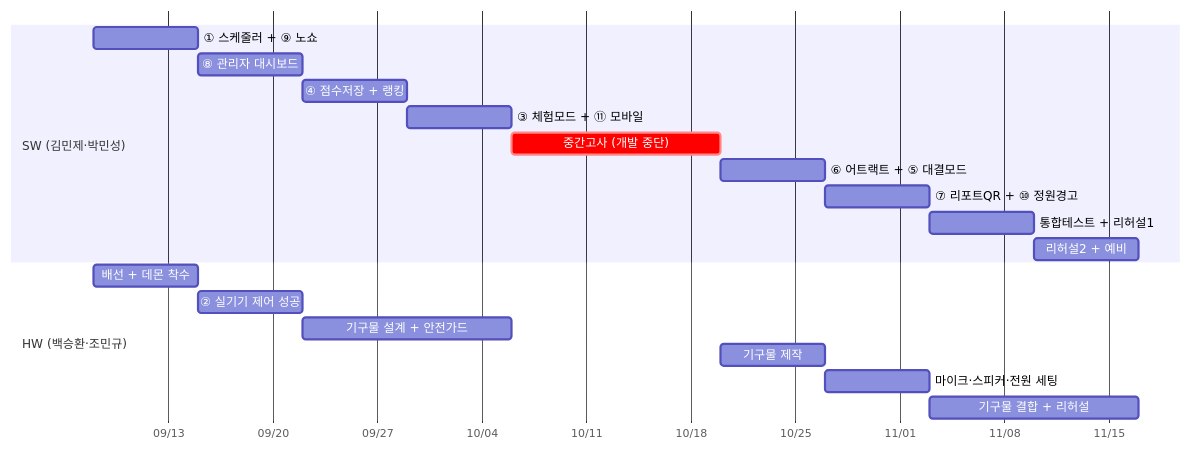
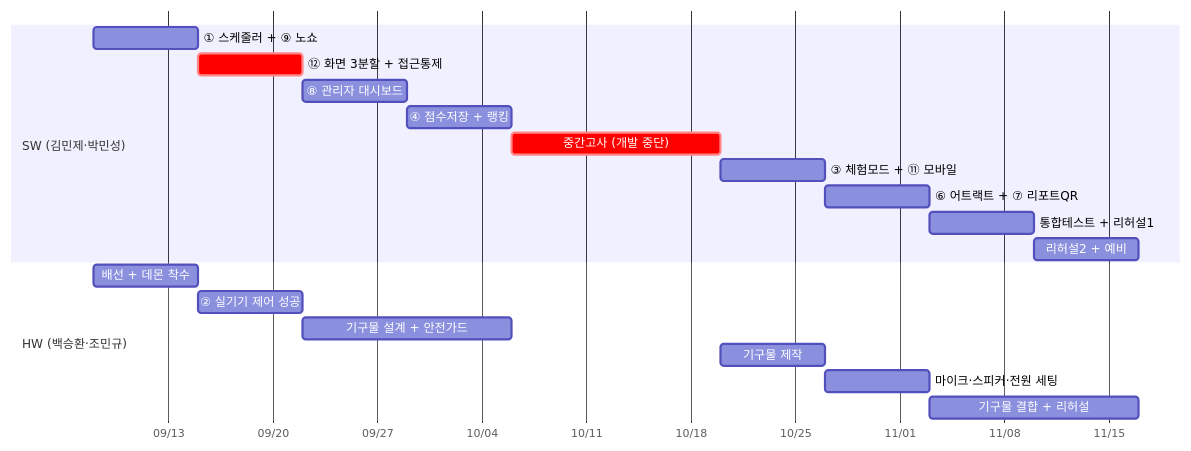
Before and after one commit to meister-info-2026/04-smart-karaoke: the diagram in docs/부록G-전시회-추가기능-기획-및-일정.md, drawn with Mermaid. The commit also changed other lines of this file and 1 other file, not shown here.

````diff
--- a/docs/부록G-전시회-추가기능-기획-및-일정.md
+++ b/docs/부록G-전시회-추가기능-기획-및-일정.md
@@ -91,22 +177,22 @@
 ```mermaid
 gantt
     dateFormat YYYY-MM-DD
     axisFormat %m/%d
     section SW (김민제·박민성)
     ① 스케줄러 + ⑨ 노쇼      :2026-09-08, 7d
-    ⑧ 관리자 대시보드          :2026-09-15, 7d
-    ④ 점수저장 + 랭킹          :2026-09-22, 7d
-    ③ 체험모드 + ⑪ 모바일     :2026-09-29, 7d
+    ⑫ 화면 3분할 + 접근통제    :crit, 2026-09-15, 7d
+    ⑧ 관리자 대시보드          :2026-09-22, 7d
+    ④ 점수저장 + 랭킹          :2026-09-29, 7d
     중간고사 (개발 중단)        :crit, 2026-10-06, 14d
-    ⑥ 어트랙트 + ⑤ 대결모드   :2026-10-20, 7d
-    ⑦ 리포트QR + ⑩ 정원경고   :2026-10-27, 7d
+    ③ 체험모드 + ⑪ 모바일     :2026-10-20, 7d
+    ⑥ 어트랙트 + ⑦ 리포트QR   :2026-10-27, 7d
     통합테스트 + 리허설1        :2026-11-03, 7d
     리허설2 + 예비             :2026-11-10, 7d
     section HW (백승환·조민규)
     배선 + 데몬 착수            :2026-09-08, 7d
     ② 실기기 제어 성공          :2026-09-15, 7d
     기구물 설계 + 안전가드      :2026-09-22, 14d
     기구물 제작                 :2026-10-20, 7d
     마이크·스피커·전원 세팅     :2026-10-27, 7d
     기구물 결합 + 리허설        :2026-11-03, 14d
 ```
````
